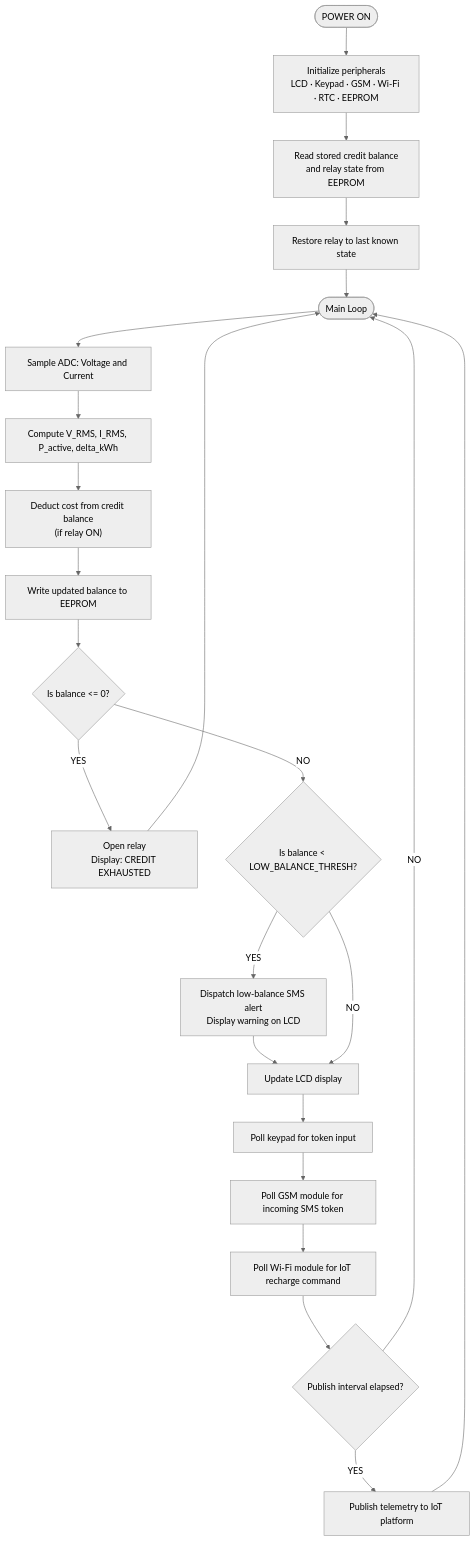
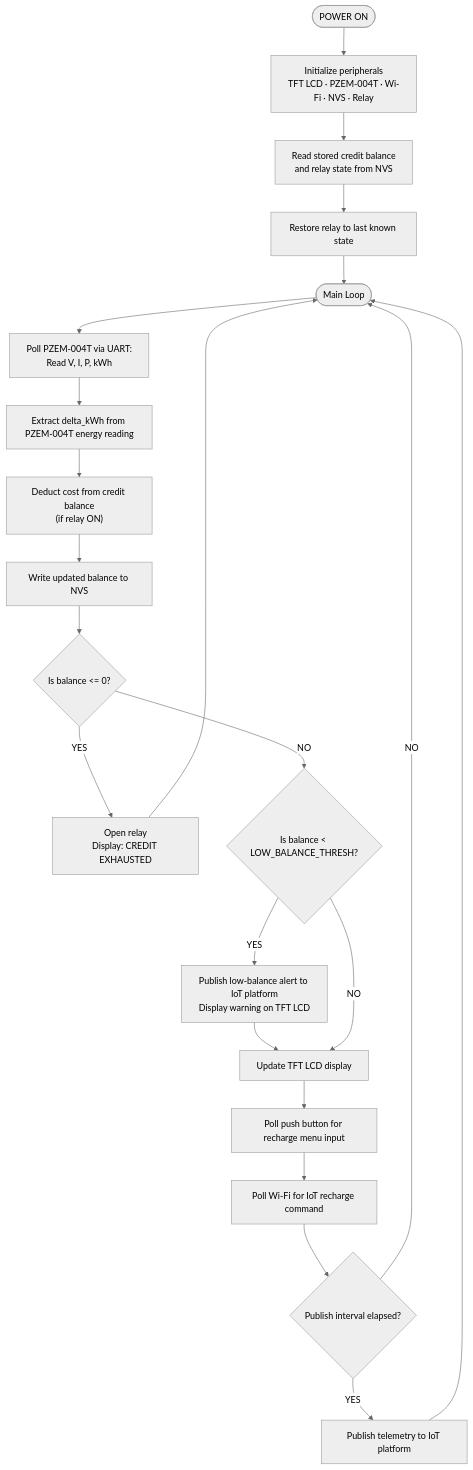
Before and after one commit to thetruesammyjay/Iot-Based-Smart-Prepaid-Energy-Meter-Proteus: the fourth of 4 diagrams in README.md, drawn with Mermaid (neutral theme). The commit also changed other lines of this file and 2 other files, not shown here.

Commit message:
Update all docs to ESP32/PZEM-004T/TFT hardware; remove em dashes from Chapter One

````diff
--- a/README.md
+++ b/README.md
@@ -560,29 +533,28 @@
 ```mermaid
 flowchart TD
-    A([POWER ON]) --> B["Initialize peripherals\nLCD · Keypad · GSM · Wi-Fi · RTC · EEPROM"]
-    B --> C["Read stored credit balance\nand relay state from EEPROM"]
+    A([POWER ON]) --> B["Initialize peripherals\nTFT LCD · PZEM-004T · Wi-Fi · NVS · Relay"]
+    B --> C["Read stored credit balance\nand relay state from NVS"]
     C --> D[Restore relay to last known state]
     D --> ML([Main Loop])
 
-    ML --> F["Sample ADC: Voltage and Current"]
-    F --> G["Compute V_RMS, I_RMS, P_active, delta_kWh"]
+    ML --> F["Poll PZEM-004T via UART:\nRead V, I, P, kWh"]
+    F --> G["Extract delta_kWh from PZEM-004T energy reading"]
     G --> H["Deduct cost from credit balance\n(if relay ON)"]
-    H --> I["Write updated balance to EEPROM"]
+    H --> I["Write updated balance to NVS"]
     I --> J{Is balance <= 0?}
 
     J -->|YES| K["Open relay\nDisplay: CREDIT EXHAUSTED"]
     K --> ML
 
     J -->|NO| L{Is balance < LOW_BALANCE_THRESH?}
-    L -->|YES| M["Dispatch low-balance SMS alert\nDisplay warning on LCD"]
-    M --> N[Update LCD display]
+    L -->|YES| M["Publish low-balance alert to IoT platform\nDisplay warning on TFT LCD"]
+    M --> N[Update TFT LCD display]
     L -->|NO| N
 
-    N --> O[Poll keypad for token input]
-    O --> P[Poll GSM module for incoming SMS token]
-    P --> Q[Poll Wi-Fi module for IoT recharge command]
-    Q --> R{Publish interval elapsed?}
-    R -->|YES| S[Publish telemetry to IoT platform]
-    S --> ML
-    R -->|NO| ML
+    N --> O[Poll push button for recharge menu input]
+    O --> P[Poll Wi-Fi for IoT recharge command]
+    P --> Q{Publish interval elapsed?}
+    Q -->|YES| R[Publish telemetry to IoT platform]
+    R --> ML
+    Q -->|NO| ML
 ```
````
